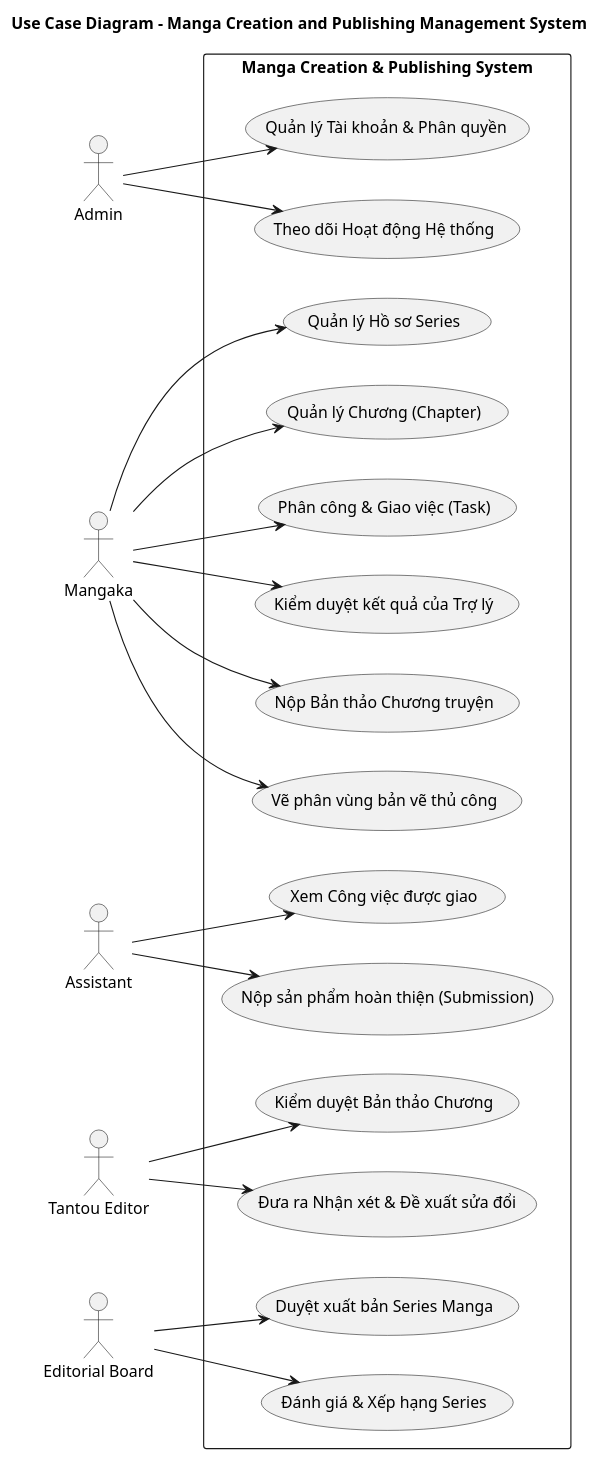
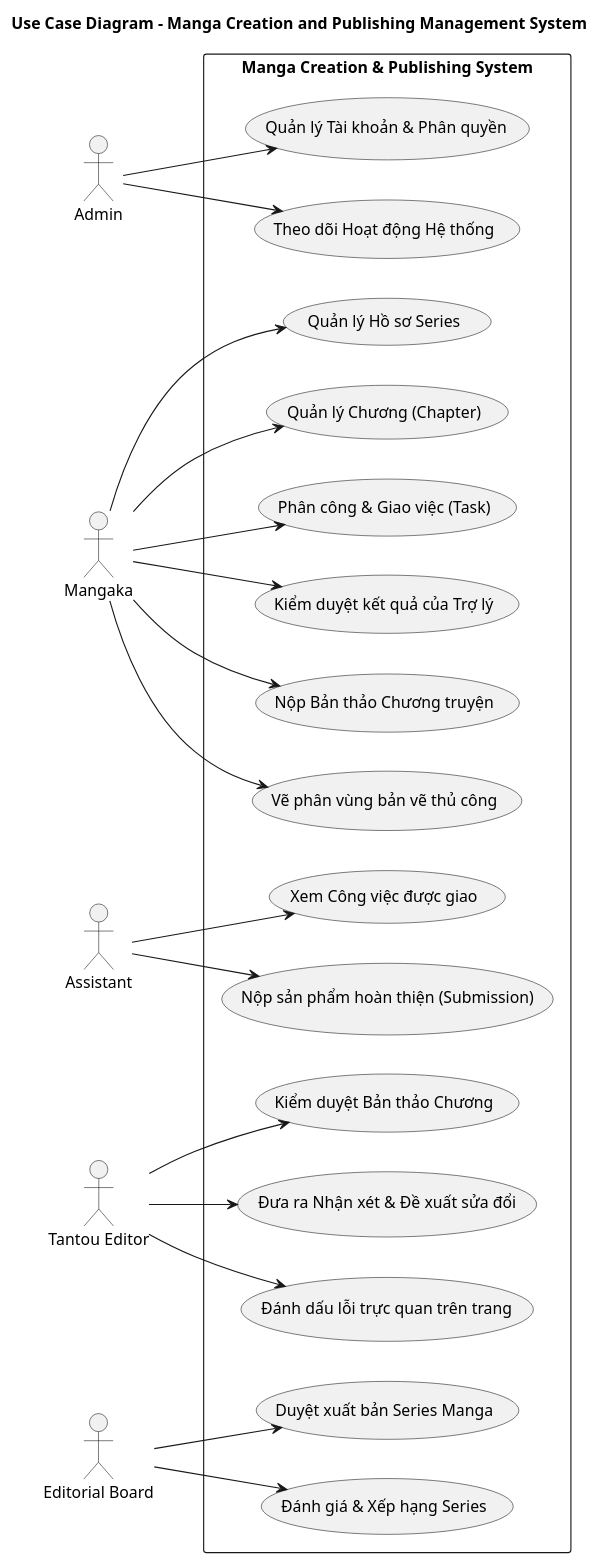
One commit to trongtan0079/Manga-publishing-management-system changed the diagram in UML/Use_Case_Diagram.puml. Above: the diagram before and after it, drawn with PlantUML. The commit also changed 15 other files, not shown here.

Commit message:
docs & db: Cap nhat tai lieu dac ta, so do UML, luoc do co so du lieu va cac Model lien quan

```diff
--- a/UML/Use_Case_Diagram.puml
+++ b/UML/Use_Case_Diagram.puml
@@ -1,57 +1,59 @@
 @startuml
 title Use Case Diagram - Manga Creation and Publishing Management System
 
 left to right direction
 
 actor "Admin" as Admin
 actor "Mangaka" as Mangaka
 actor "Assistant" as Assistant
 actor "Tantou Editor" as Editor
 actor "Editorial Board" as Board
 
 rectangle "Manga Creation & Publishing System" {
   ' Admin Use Cases
   usecase "Quản lý Tài khoản & Phân quyền" as UC_Admin_Users
   usecase "Theo dõi Hoạt động Hệ thống" as UC_Admin_Logs
 
   ' Mangaka Use Cases
   usecase "Quản lý Hồ sơ Series" as UC_Mangaka_Series
   usecase "Quản lý Chương (Chapter)" as UC_Mangaka_Chapter
   usecase "Phân công & Giao việc (Task)" as UC_Mangaka_Task
   usecase "Kiểm duyệt kết quả của Trợ lý" as UC_Mangaka_Review_Task
   usecase "Nộp Bản thảo Chương truyện" as UC_Mangaka_Submit_Chapter
   usecase "Vẽ phân vùng bản vẽ thủ công" as UC_Mangaka_Region
 
   ' Assistant Use Cases
   usecase "Xem Công việc được giao" as UC_Assistant_Tasks
   usecase "Nộp sản phẩm hoàn thiện (Submission)" as UC_Assistant_Submit
 
   ' Editor Use Cases
   usecase "Kiểm duyệt Bản thảo Chương" as UC_Editor_Review
   usecase "Đưa ra Nhận xét & Đề xuất sửa đổi" as UC_Editor_Feedback
+  usecase "Đánh dấu lỗi trực quan trên trang" as UC_Editor_Annotate
 
   ' Board Use Cases
   usecase "Duyệt xuất bản Series Manga" as UC_Board_Publish
   usecase "Đánh giá & Xếp hạng Series" as UC_Board_Rank
 }
 
 Admin --> UC_Admin_Users
 Admin --> UC_Admin_Logs
 
 Mangaka --> UC_Mangaka_Series
 Mangaka --> UC_Mangaka_Chapter
 Mangaka --> UC_Mangaka_Task
 Mangaka --> UC_Mangaka_Review_Task
 Mangaka --> UC_Mangaka_Submit_Chapter
 Mangaka --> UC_Mangaka_Region
 
 Assistant --> UC_Assistant_Tasks
 Assistant --> UC_Assistant_Submit
 
 Editor --> UC_Editor_Review
 Editor --> UC_Editor_Feedback
+Editor --> UC_Editor_Annotate
 
 Board --> UC_Board_Publish
 Board --> UC_Board_Rank
 
 @enduml
```
